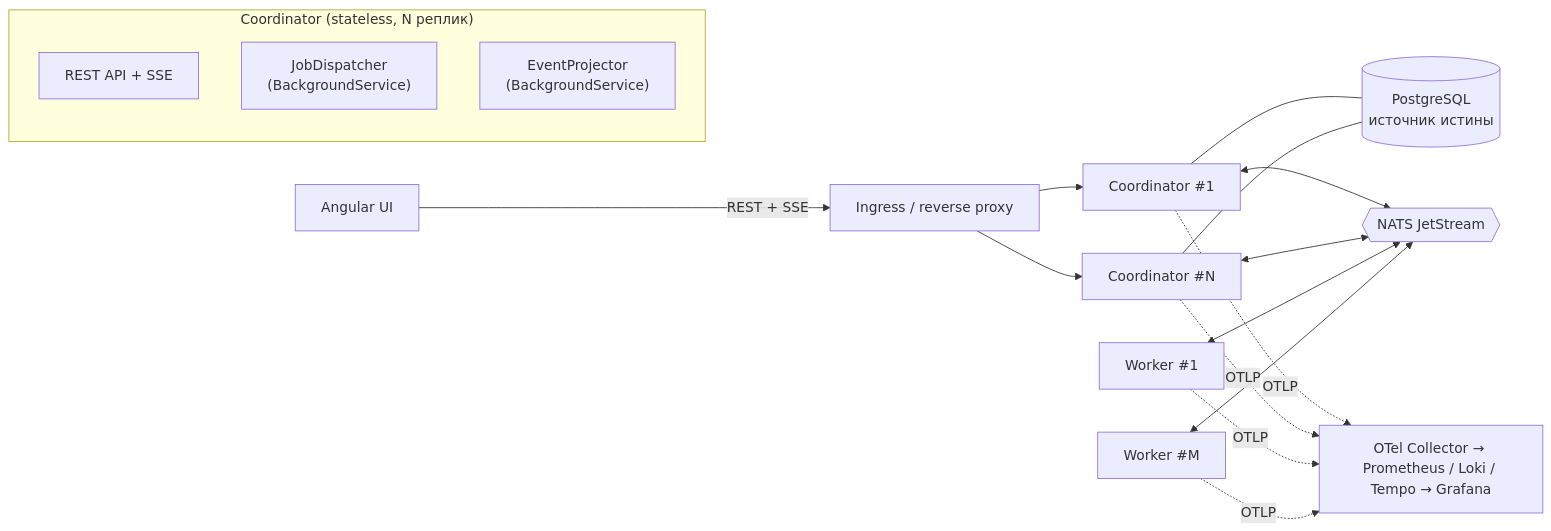
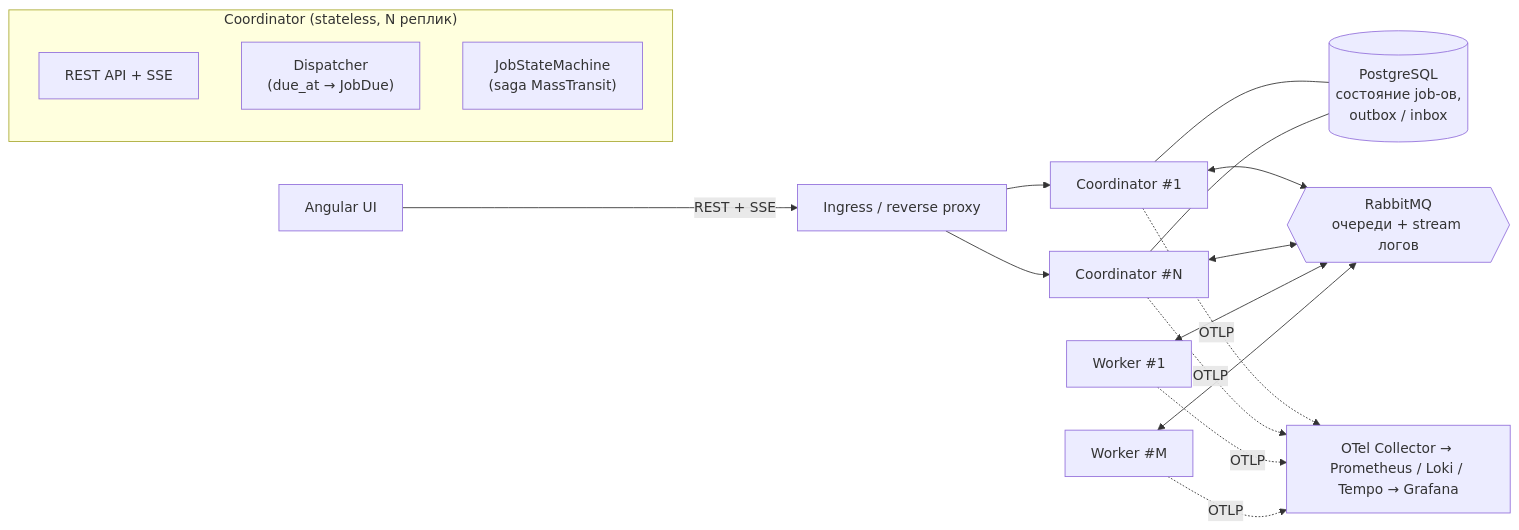
One commit to aminjonshermatov/TaskFlow changed the first of 5 diagrams in docs/spec.md. Above: the diagram before and after it, drawn with Mermaid. The commit also changed other lines of this file and 7 other files, not shown here.

````diff
--- a/docs/spec.md
+++ b/docs/spec.md
@@ -50,19 +51,19 @@
 ```mermaid
 flowchart LR
     UI["Angular UI"] -- "REST + SSE" --> ING["Ingress / reverse proxy"]
     ING --> C1["Coordinator #1"]
     ING --> C2["Coordinator #N"]
 
     subgraph Coordinator["Coordinator (stateless, N реплик)"]
         API["REST API + SSE"]
-        DISP["JobDispatcher<br/>(BackgroundService)"]
-        PROJ["EventProjector<br/>(BackgroundService)"]
+        DISP["Dispatcher<br/>(due_at → JobDue)"]
+        SAGA["JobStateMachine<br/>(saga MassTransit)"]
     end
 
-    C1 & C2 --- PG[("PostgreSQL<br/>источник истины")]
-    C1 & C2 <--> NATS{{"NATS JetStream"}}
-    W1["Worker #1"] <--> NATS
-    W2["Worker #M"] <--> NATS
+    C1 & C2 --- PG[("PostgreSQL<br/>состояние job-ов,<br/>outbox / inbox")]
+    C1 & C2 <--> RMQ{{"RabbitMQ<br/>очереди + stream логов"}}
+    W1["Worker #1"] <--> RMQ
+    W2["Worker #M"] <--> RMQ
 
     C1 & C2 & W1 & W2 -. "OTLP" .-> OTEL["OTel Collector → Prometheus / Loki / Tempo → Grafana"]
 ```
````
